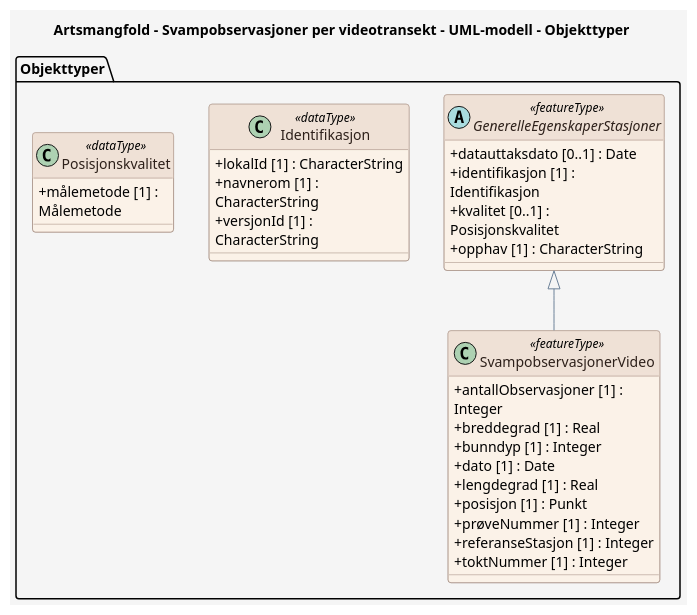
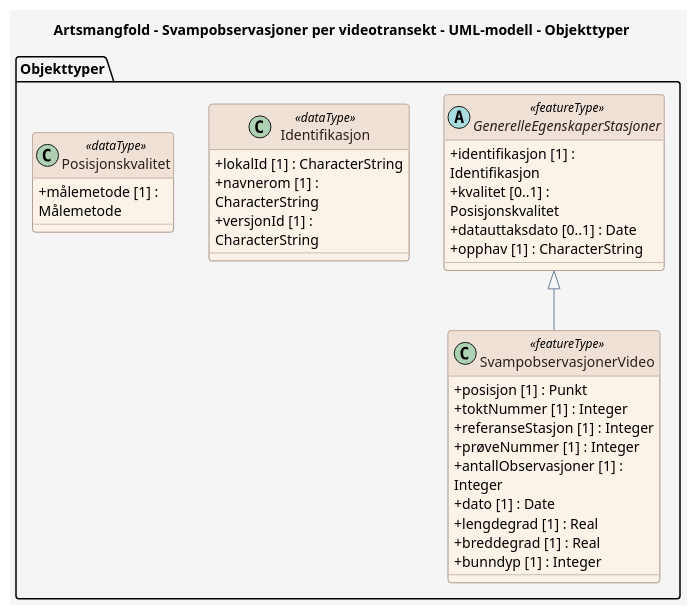
One commit to ToreFreddyB/produktspesifikasjon_HI changed the diagram in produktspesifikasjon/artsmangfold-svampobservasjoner-per-videotransekt/uml-modell/uml-modell_feature_catalogue.puml. Above: the diagram before and after it, drawn with PlantUML. The commit also changed other lines of this file and 7 other files, not shown here.

```diff
--- a/produktspesifikasjon/artsmangfold-svampobservasjoner-per-videotransekt/uml-modell/uml-modell_feature_catalogue.puml
+++ b/produktspesifikasjon/artsmangfold-svampobservasjoner-per-videotransekt/uml-modell/uml-modell_feature_catalogue.puml
@@ -1,65 +1,65 @@
 @startuml
 ' For wide diagrams, render with: plantuml -DPLANTUML_LIMIT_SIZE=16384 ...
 ' The 'scale max' directive below caps the rendered output to prevent the
 ' default PlantUML 4096px size limit from cropping the diagram.
 scale max 4000*4000
 
 title Artsmangfold – Svampobservasjoner per videotransekt - UML-modell - Objekttyper
 
 skinparam backgroundColor #F5F5F5
 skinparam shadowing false
 skinparam RoundCorner 6
 skinparam ArrowColor #6C8198
 skinparam wrapWidth 200
 skinparam class {
   BackgroundColor #FBF2E8
   BorderColor #9C8578
   FontColor #2D201A
   HeaderBackgroundColor #EFE1D6
   HeaderFontColor #2D201A
   AttributeIconSize 0
 }
 skinparam note {
   BackgroundColor #FFFFFF
   BorderColor #6C8198
   FontColor #2D201A
 }
 skinparam stereotypeCBackgroundColor #EAD9CE
 skinparam stereotypeCBorderColor #9C8578
 skinparam stereotypeCFontColor #2D201A
 
 package "Objekttyper" {
 
   class SvampobservasjonerVideo <<featureType>> {
+    + posisjon [1] : Punkt
+    + toktNummer [1] : Integer
+    + referanseStasjon [1] : Integer
+    + prøveNummer [1] : Integer
     + antallObservasjoner [1] : Integer
+    + dato [1] : Date
+    + lengdegrad [1] : Real
     + breddegrad [1] : Real
     + bunndyp [1] : Integer
-    + dato [1] : Date
-    + lengdegrad [1] : Real
-    + posisjon [1] : Punkt
-    + prøveNummer [1] : Integer
-    + referanseStasjon [1] : Integer
-    + toktNummer [1] : Integer
   }
 
   abstract class GenerelleEgenskaperStasjoner <<featureType>> {
-    + datauttaksdato [0..1] : Date
     + identifikasjon [1] : Identifikasjon
     + kvalitet [0..1] : Posisjonskvalitet
+    + datauttaksdato [0..1] : Date
     + opphav [1] : CharacterString
   }
 
   class Identifikasjon <<dataType>> {
     + lokalId [1] : CharacterString
     + navnerom [1] : CharacterString
     + versjonId [1] : CharacterString
   }
 
   class Posisjonskvalitet <<dataType>> {
     + målemetode [1] : Målemetode
   }
 }
 
   GenerelleEgenskaperStasjoner <|-- SvampobservasjonerVideo
 
 @enduml
```
